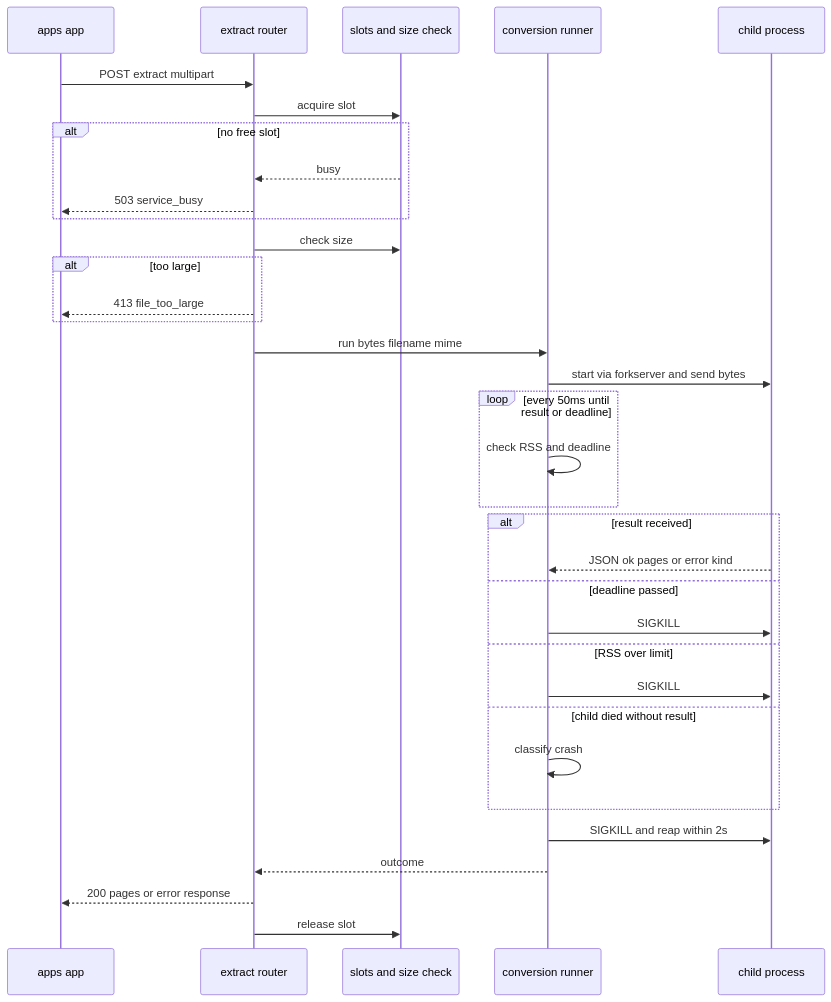
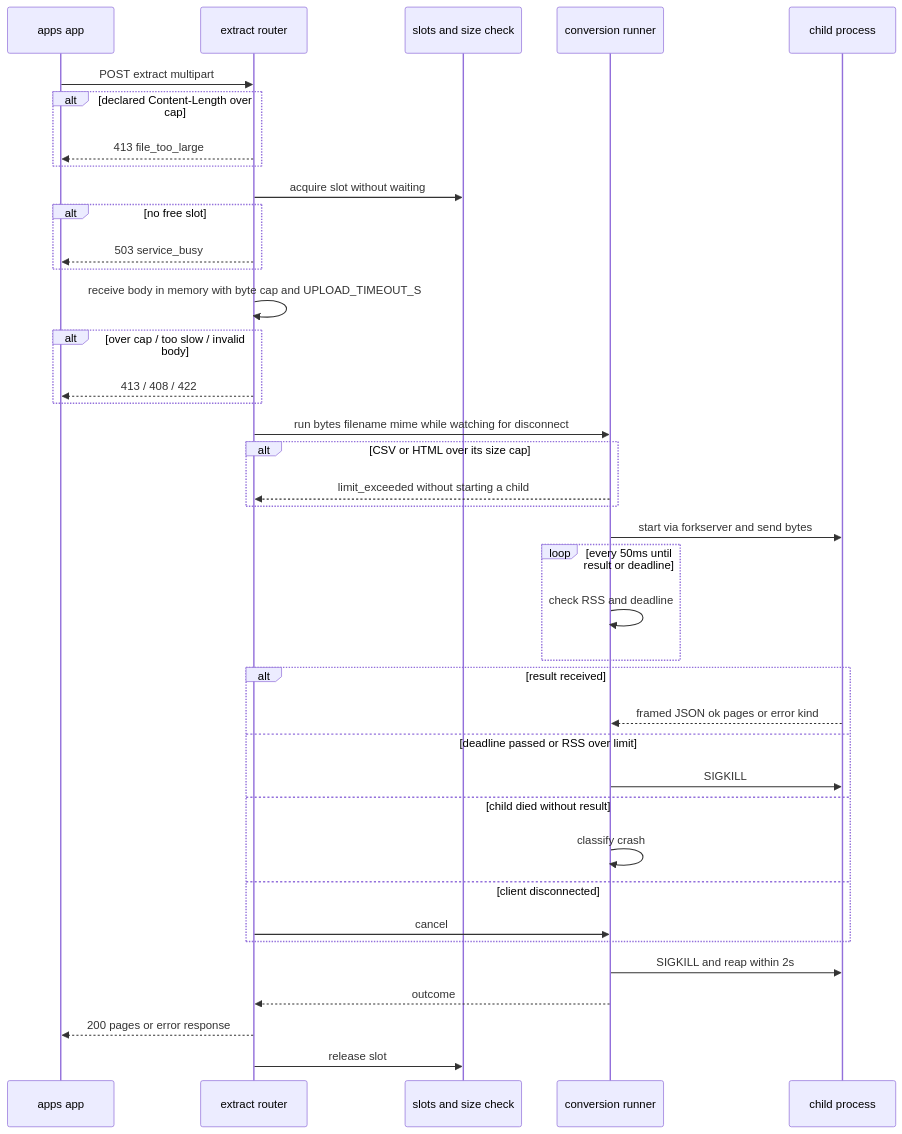
Before and after one commit to growilabs/growi: the second of 3 diagrams in .kiro/specs/attachment-search-text-extractor/design.md, drawn with Mermaid. The commit also changed other lines of this file and 5 other files, not shown here.

````diff
--- a/.kiro/specs/attachment-search-text-extractor/design.md
+++ b/.kiro/specs/attachment-search-text-extractor/design.md
@@ -234,36 +156,41 @@
 ```mermaid
 sequenceDiagram
     participant App as apps app
     participant Router as extract router
     participant Slots as slots and size check
     participant Runner as conversion runner
     participant Child as child process
     App->>Router: POST extract multipart
-    Router->>Slots: acquire slot
+    alt declared Content-Length over cap
+        Router-->>App: 413 file_too_large
+    end
+    Router->>Slots: acquire slot without waiting
     alt no free slot
-        Slots-->>Router: busy
         Router-->>App: 503 service_busy
     end
-    Router->>Slots: check size
-    alt too large
-        Router-->>App: 413 file_too_large
+    Router->>Router: receive body in memory with byte cap and UPLOAD_TIMEOUT_S
+    alt over cap / too slow / invalid body
+        Router-->>App: 413 / 408 / 422
     end
-    Router->>Runner: run bytes filename mime
+    Router->>Runner: run bytes filename mime while watching for disconnect
+    alt CSV or HTML over its size cap
+        Runner-->>Router: limit_exceeded without starting a child
+    end
     Runner->>Child: start via forkserver and send bytes
     loop every 50ms until result or deadline
         Runner->>Runner: check RSS and deadline
     end
     alt result received
-        Child-->>Runner: JSON ok pages or error kind
-    else deadline passed
-        Runner->>Child: SIGKILL
-    else RSS over limit
+        Child-->>Runner: framed JSON ok pages or error kind
+    else deadline passed or RSS over limit
         Runner->>Child: SIGKILL
     else child died without result
         Runner->>Runner: classify crash
+    else client disconnected
+        Router->>Runner: cancel
     end
     Runner->>Child: SIGKILL and reap within 2s
     Runner-->>Router: outcome
     Router-->>App: 200 pages or error response
     Router->>Slots: release slot
 ```
````
